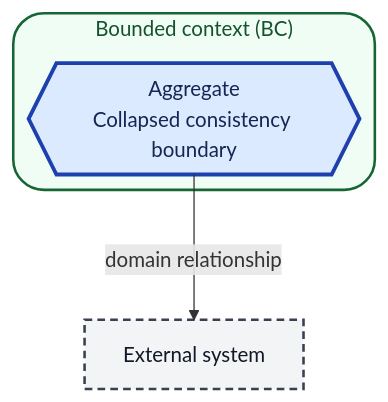
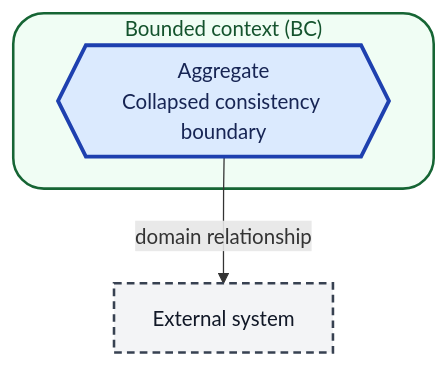
The first of 2 diagrams in docs/domain-model.md (buster/watn), drawn with Mermaid before and after one commit. The commit also changed other lines of this file, not shown here.

First line of the commit message:
docs(givn): keep the domain model diagrams portable

````diff
--- a/docs/domain-model.md
+++ b/docs/domain-model.md
@@ -11,20 +11,14 @@
 ```mermaid
----
-config:
-  layout: elk
-  elk:
-    mergeEdges: false
----
 flowchart TB
     subgraph legendContext["Bounded context (BC)"]
         legendAggregate{{"Aggregate<br/>Collapsed consistency boundary"}}
     end
     legendExternal["External system"]
     legendAggregate -->|domain relationship| legendExternal
 
     classDef aggregateStyle fill:#dbeafe,stroke:#1e40af,stroke-width:3px,color:#172554;
     classDef externalStyle fill:#f3f4f6,stroke:#374151,stroke-width:2px,stroke-dasharray:6 4,color:#111827;
     class legendAggregate aggregateStyle;
     class legendExternal externalStyle;
     style legendContext fill:#f0fdf4,stroke:#166534,stroke-width:2px,rx:24,ry:24,color:#14532d
 ```
````
